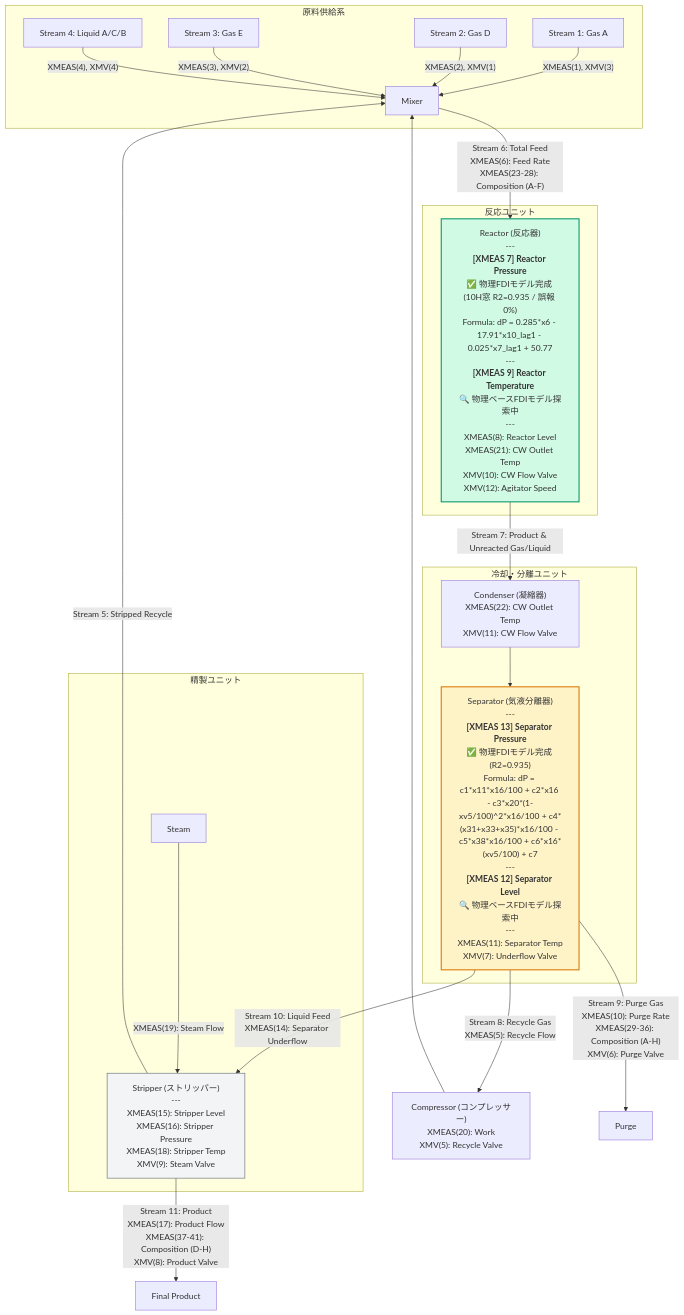
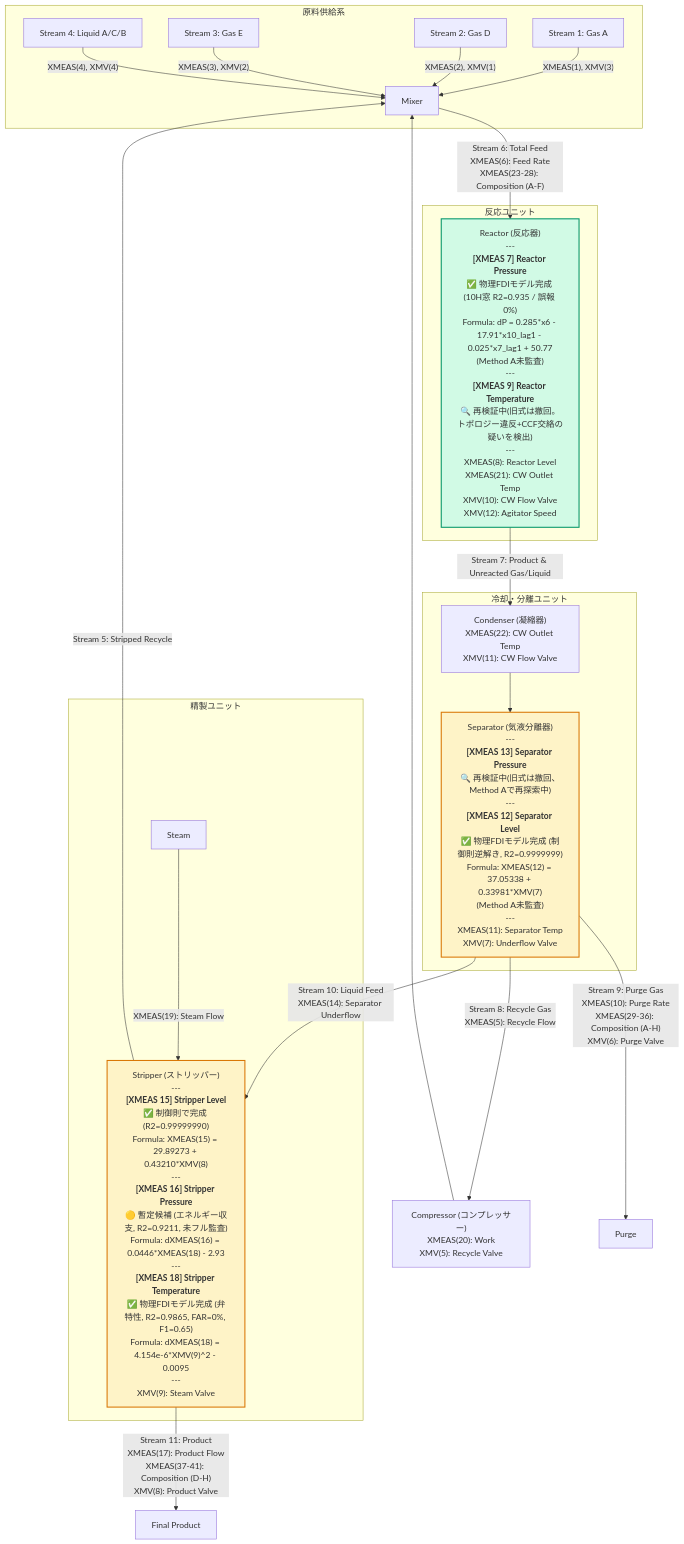
One commit to gotou8810/LLM-GP changed the diagram in TEP_FLOW_DIAGRAM.md. Above: the diagram before and after it, drawn with Mermaid. The commit also changed other lines of this file and 27 other files, not shown here.

````diff
--- a/TEP_FLOW_DIAGRAM.md
+++ b/TEP_FLOW_DIAGRAM.md
@@ -6,41 +8,43 @@
 ```mermaid
 graph TD
     subgraph Feeds [原料供給系]
         S1[Stream 1: Gas A] --> |"XMEAS(1), XMV(3)"| Mixer
         S2[Stream 2: Gas D] --> |"XMEAS(2), XMV(1)"| Mixer
         S3[Stream 3: Gas E] --> |"XMEAS(3), XMV(2)"| Mixer
         S4[Stream 4: Liquid A/C/B] --> |"XMEAS(4), XMV(4)"| Mixer
     end
 
     Mixer --> |"Stream 6: Total Feed<br/>XMEAS(6): Feed Rate<br/>XMEAS(23-28): Composition (A-F)"| Reactor
 
     subgraph ReactorUnit [反応ユニット]
-        Reactor["Reactor (反応器)<br/>---<br/><b>[XMEAS 7] Reactor Pressure</b><br/>✅ 物理FDIモデル完成 (10H窓 R2=0.935 / 誤報 0%)<br/>Formula: dP = 0.285*x6 - 17.91*x10_lag1 - 0.025*x7_lag1 + 50.77<br/>---<br/><b>[XMEAS 9] Reactor Temperature</b><br/>🔍 物理ベースFDIモデル探索中<br/>---<br/>XMEAS(8): Reactor Level<br/>XMEAS(21): CW Outlet Temp<br/>XMV(10): CW Flow Valve<br/>XMV(12): Agitator Speed"]
+        Reactor["Reactor (反応器)<br/>---<br/><b>[XMEAS 7] Reactor Pressure</b><br/>✅ 物理FDIモデル完成 (10H窓 R2=0.935 / 誤報 0%)<br/>Formula: dP = 0.285*x6 - 17.91*x10_lag1 - 0.025*x7_lag1 + 50.77<br/>(Method A未監査)<br/>---<br/><b>[XMEAS 9] Reactor Temperature</b><br/>🔍 再検証中(旧式は撤回。トポロジー違反+CCF交絡の疑いを検出)<br/>---<br/>XMEAS(8): Reactor Level<br/>XMEAS(21): CW Outlet Temp<br/>XMV(10): CW Flow Valve<br/>XMV(12): Agitator Speed"]
     end
 
     Reactor --> |"Stream 7: Product & Unreacted Gas/Liquid"| Condenser
 
     subgraph CoolingUnit [冷却・分離ユニット]
-        Condenser["Condenser (凝縮器)<br/>XMEAS(22): CW Outlet Temp<br/>XMV(11): CW Flow Valve"] --> Separator["Separator (気液分離器)<br/>---<br/><b>[XMEAS 13] Separator Pressure</b><br/>✅ 物理FDIモデル完成 (R2=0.935)<br/>Formula: dP = c1*x11*x16/100 + c2*x16 - c3*x20*(1-xv5/100)^2*x16/100 + c4*(x31+x33+x35)*x16/100 - c5*x38*x16/100 + c6*x16*(xv5/100) + c7<br/>---<br/><b>[XMEAS 12] Separator Level</b><br/>🔍 物理ベースFDIモデル探索中<br/>---<br/>XMEAS(11): Separator Temp<br/>XMV(7): Underflow Valve"]
+        Condenser["Condenser (凝縮器)<br/>XMEAS(22): CW Outlet Temp<br/>XMV(11): CW Flow Valve"] --> Separator["Separator (気液分離器)<br/>---<br/><b>[XMEAS 13] Separator Pressure</b><br/>🔍 再検証中(旧式は撤回、Method Aで再探索中)<br/>---<br/><b>[XMEAS 12] Separator Level</b><br/>✅ 物理FDIモデル完成 (制御則逆解き, R2=0.9999999)<br/>Formula: XMEAS(12) = 37.05338 + 0.33981*XMV(7)<br/>(Method A未監査)<br/>---<br/>XMEAS(11): Separator Temp<br/>XMV(7): Underflow Valve"]
     end
 
     Separator --> |"Stream 8: Recycle Gas<br/>XMEAS(5): Recycle Flow"| Compressor["Compressor (コンプレッサー)<br/>XMEAS(20): Work<br/>XMV(5): Recycle Valve"]
     Compressor --> Mixer
 
     Separator --> |"Stream 9: Purge Gas<br/>XMEAS(10): Purge Rate<br/>XMEAS(29-36): Composition (A-H)<br/>XMV(6): Purge Valve"| Purge[Purge]
 
     Separator --> |"Stream 10: Liquid Feed<br/>XMEAS(14): Separator Underflow"| Stripper
 
     subgraph StrippingUnit [精製ユニット]
-        Stripper["Stripper (ストリッパー)<br/>---<br/>XMEAS(15): Stripper Level<br/>XMEAS(16): Stripper Pressure<br/>XMEAS(18): Stripper Temp<br/>XMV(9): Steam Valve"]
+        Stripper["Stripper (ストリッパー)<br/>---<br/><b>[XMEAS 15] Stripper Level</b><br/>✅ 制御則で完成 (R2=0.99999990)<br/>Formula: XMEAS(15) = 29.89273 + 0.43210*XMV(8)<br/>---<br/><b>[XMEAS 16] Stripper Pressure</b><br/>🟡 暫定候補 (エネルギー収支, R2=0.9211, 未フル監査)<br/>Formula: dXMEAS(16) = 0.0446*XMEAS(18) - 2.93<br/>---<br/><b>[XMEAS 18] Stripper Temperature</b><br/>✅ 物理FDIモデル完成 (弁特性, R2=0.9865, FAR=0%, F1=0.65)<br/>Formula: dXMEAS(18) = 4.154e-6*XMV(9)^2 - 0.0095<br/>---<br/>XMV(9): Steam Valve"]
         Steam[Steam] --> |"XMEAS(19): Steam Flow"| Stripper
     end
 
     Stripper --> |"Stream 5: Stripped Recycle"| Mixer
     Stripper --> |"Stream 11: Product<br/>XMEAS(17): Product Flow<br/>XMEAS(37-41): Composition (D-H)<br/>XMV(8): Product Valve"| Product[Final Product]
 
-    %% ステータスに応じた色分け (完成を緑、探索中をオレンジ点灯へ)
+    %% ステータスに応じた色分け (完成を緑、探索中/再検証中をオレンジへ)
+    %% SeparatorノードはXMEAS(12)完成・XMEAS(13)再検証中が混在するため、
+    %% 内部の未完成項目(XMEAS13)を優先してオレンジ表示している
     style Reactor fill:#d1fae5,stroke:#059669,stroke-width:2px
     style Separator fill:#fef3c7,stroke:#d97706,stroke-width:2px
-    style Stripper fill:#f3f4f6,stroke:#4b5563
+    style Stripper fill:#fef3c7,stroke:#d97706,stroke-width:2px
 ```
````
